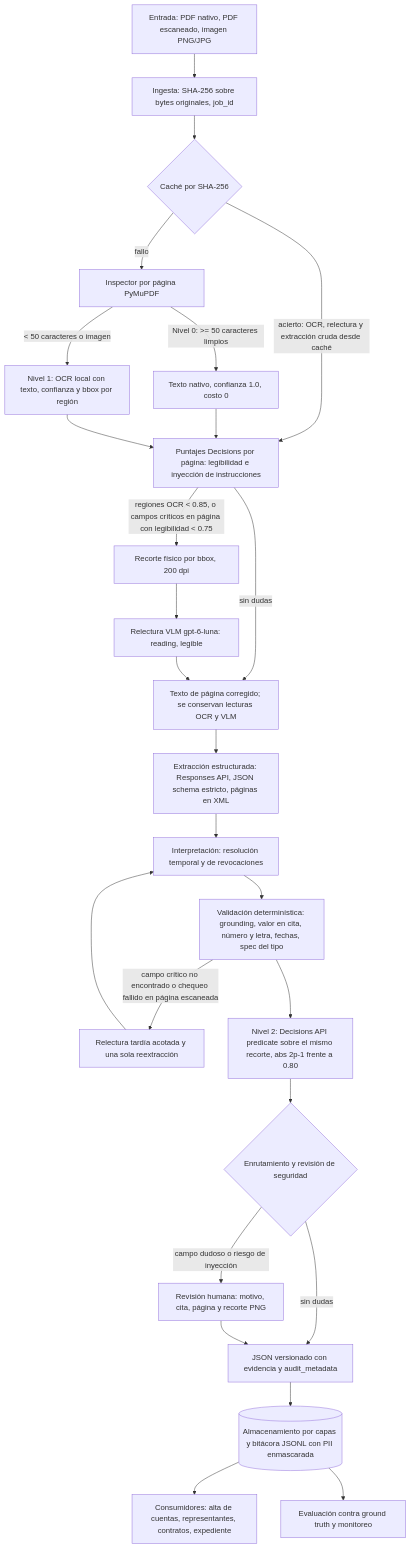
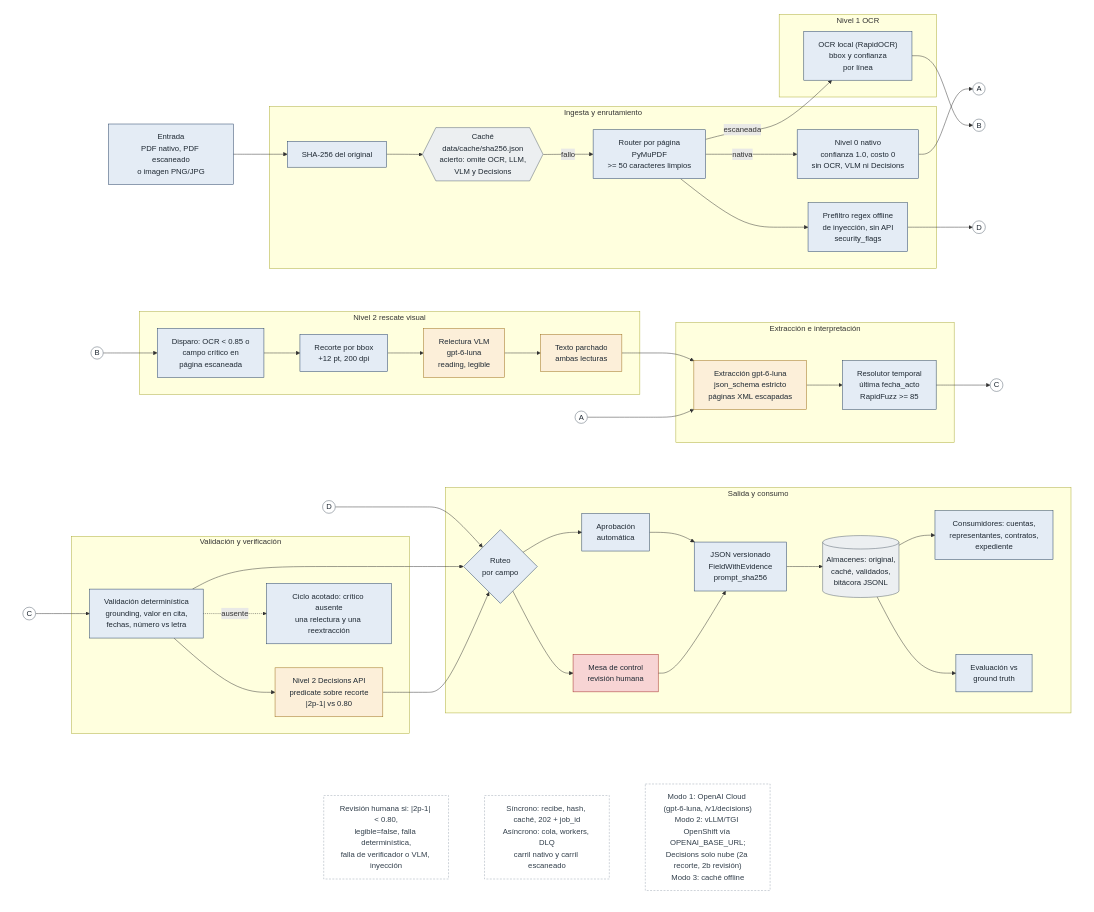
One commit to rupi-rs/actas-constitutivas-pipeline changed the diagram in docs/ARCHITECTURE_AND_DESIGN.md. Above: the diagram before and after it, drawn with Mermaid. The commit also changed other lines of this file and 7 other files, not shown here.

Commit message:
docs: add Mermaid architecture diagram rendered to PDF with one-page decisions

````diff
--- a/docs/ARCHITECTURE_AND_DESIGN.md
+++ b/docs/ARCHITECTURE_AND_DESIGN.md
@@ -18,28 +20,102 @@
 ```mermaid
-flowchart TD
-    IN[Entrada: PDF nativo, PDF escaneado, imagen PNG/JPG] --> H[Ingesta: SHA-256 sobre bytes originales, job_id]
-    H --> C{Caché por SHA-256}
-    C -->|acierto: OCR, relectura y extracción cruda desde caché| SC
-    C -->|fallo| INS[Inspector por página PyMuPDF]
-    INS -->|Nivel 0: >= 50 caracteres limpios| NAT[Texto nativo, confianza 1.0, costo 0]
-    INS -->|< 50 caracteres o imagen| OCR[Nivel 1: OCR local con texto, confianza y bbox por región]
-    NAT --> SC
-    OCR --> SC[Puntajes Decisions por página: legibilidad e inyección de instrucciones]
-    SC -->|regiones OCR < 0.85, o campos críticos en página con legibilidad < 0.75| CROP[Recorte físico por bbox, 200 dpi]
-    SC -->|sin dudas| TXT
-    CROP --> VLM[Relectura VLM gpt-6-luna: reading, legible]
-    VLM --> TXT[Texto de página corregido; se conservan lecturas OCR y VLM]
-    TXT --> EXT[Extracción estructurada: Responses API, JSON schema estricto, páginas en XML]
-    EXT --> RES[Interpretación: resolución temporal y de revocaciones]
-    RES --> VAL[Validación determinística: grounding, valor en cita, número y letra, fechas, spec del tipo]
-    VAL -->|campo crítico no encontrado o chequeo fallido en página escaneada| LATE[Relectura tardía acotada y una sola reextracción]
-    LATE --> RES
-    VAL --> DEC[Nivel 2: Decisions API predicate sobre el mismo recorte, abs 2p-1 frente a 0.80]
-    DEC --> ROUT{Enrutamiento y revisión de seguridad}
-    ROUT -->|sin dudas| OUT[JSON versionado con evidencia y audit_metadata]
-    ROUT -->|campo dudoso o riesgo de inyección| HR[Revisión humana: motivo, cita, página y recorte PNG]
-    HR --> OUT
-    OUT --> ST[(Almacenamiento por capas y bitácora JSONL con PII enmascarada)]
-    ST --> CONS[Consumidores: alta de cuentas, representantes, contratos, expediente]
-    ST --> EV[Evaluación contra ground truth y monitoreo]
+flowchart TB
+  subgraph ROW1[" "]
+    direction LR
+    IN["Entrada<br/>PDF nativo, PDF escaneado<br/>o imagen PNG/JPG"]
+    subgraph S1["Ingesta y enrutamiento"]
+      H["SHA-256 del original"]
+      C{{"Caché<br/>data/cache/sha256.json<br/>acierto: omite OCR, LLM,<br/>VLM y Decisions"}}
+      R["Router por página<br/>PyMuPDF<br/>&gt;= 50 caracteres limpios"]
+      N0["Nivel 0 nativo<br/>confianza 1.0, costo 0<br/>sin OCR, VLM ni Decisions"]
+      INJ["Prefiltro regex offline<br/>de inyección, sin API<br/>security_flags"]
+    end
+    subgraph S2["Nivel 1 OCR"]
+      OCR["OCR local (RapidOCR)<br/>bbox y confianza<br/>por línea"]
+    end
+    IN --> H --> C
+    C -- "fallo" --> R
+    R -- "nativa" --> N0
+    R -- "escaneada" --> OCR
+    R --> INJ
+    N0 --> CA(("A"))
+    OCR --> CB(("B"))
+    INJ --> CD(("D"))
+  end
+
+  subgraph ROW2[" "]
+    direction LR
+    CB2(("B")) --> TRG
+    subgraph S3["Nivel 2 rescate visual"]
+      TRG["Disparo: OCR &lt; 0.85 o<br/>campo crítico en<br/>página escaneada"]
+      CROP["Recorte por bbox<br/>+12 pt, 200 dpi"]
+      VLM["Relectura VLM<br/>gpt-6-luna<br/>reading, legible"]
+      PATCH["Texto parchado<br/>ambas lecturas"]
+      TRG --> CROP --> VLM --> PATCH
+    end
+    CA2(("A"))
+    subgraph S4["Extracción e interpretación"]
+      EXT["Extracción gpt-6-luna<br/>json_schema estricto<br/>páginas XML escapadas"]
+      RES["Resolutor temporal<br/>última fecha_acto<br/>RapidFuzz &gt;= 85"]
+      EXT --> RES
+    end
+    PATCH --> EXT
+    CA2 --> EXT
+    RES --> CC(("C"))
+  end
+
+  subgraph ROW3[" "]
+    direction LR
+    CC2(("C")) --> VAL
+    CD2(("D")) --> RT
+    subgraph S5["Validación y verificación"]
+      VAL["Validación determinística<br/>grounding, valor en cita,<br/>fechas, número vs letra"]
+      LATE["Ciclo acotado: crítico ausente<br/>una relectura y una reextracción"]
+      DEC["Nivel 2 Decisions API<br/>predicate sobre recorte<br/>|2p-1| vs 0.80"]
+      VAL --> DEC
+      VAL -. "ausente" .-> LATE
+    end
+    subgraph S6["Salida y consumo"]
+      RT{"Ruteo<br/>por campo"}
+      AUTO["Aprobación<br/>automática"]
+      HR["Mesa de control<br/>revisión humana"]
+      JSON["JSON versionado<br/>FieldWithEvidence<br/>prompt_sha256"]
+      ST[("Almacenes: original,<br/>caché, validados,<br/>bitácora JSONL")]
+      CONS["Consumidores: cuentas,<br/>representantes, contratos,<br/>expediente"]
+      EV["Evaluación vs<br/>ground truth"]
+      RT --> AUTO --> JSON
+      RT --> HR --> JSON
+      JSON --> ST --> CONS
+      ST --> EV
+    end
+    VAL --> RT
+    DEC --> RT
+  end
+
+  subgraph NOTAS[" "]
+    direction LR
+    NOTE1["Revisión humana si: |2p-1| &lt; 0.80,<br/>legible=false, falla determinística,<br/>falla de verificador o VLM, inyección"]
+    NOTE2["Síncrono: recibe, hash, caché, 202 + job_id<br/>Asíncrono: cola, workers, DLQ<br/>carril nativo y carril escaneado"]
+    NOTE3["Modo 1: OpenAI Cloud (gpt-6-luna, /v1/decisions)<br/>Modo 2: vLLM/TGI OpenShift vía OPENAI_BASE_URL;<br/>Decisions solo nube (2a recorte, 2b revisión)<br/>Modo 3: caché offline"]
+    NOTE1 ~~~ NOTE2 ~~~ NOTE3
+  end
+  ROW1 ~~~ ROW2
+  ROW2 ~~~ ROW3
+  ROW3 ~~~ NOTAS
+
+  classDef det fill:#E4ECF5,stroke:#1F3A5F,color:#1F2933
+  classDef ai fill:#FCEFD9,stroke:#9A6B16,color:#1F2933
+  classDef store fill:#ECEFF1,stroke:#52606D,color:#1F2933
+  classDef human fill:#F7D4D4,stroke:#A12622,color:#1F2933
+  classDef conn fill:#FFFFFF,stroke:#52606D,color:#1F2933
+  classDef note fill:#FFFFFF,stroke:#9AA5B1,color:#323F4B,stroke-dasharray:4 3
+  class IN,H,R,N0,INJ,OCR,TRG,CROP,RES,VAL,LATE,RT,AUTO,JSON,CONS,EV det
+  class VLM,PATCH,EXT,DEC ai
+  class C,ST store
+  class HR human
+  class CA,CB,CC,CD,CA2,CB2,CC2,CD2 conn
+  class NOTE1,NOTE2,NOTE3 note
+  style ROW1 fill:none,stroke:none
+  style ROW2 fill:none,stroke:none
+  style ROW3 fill:none,stroke:none
+  style NOTAS fill:none,stroke:none
 ```
````
